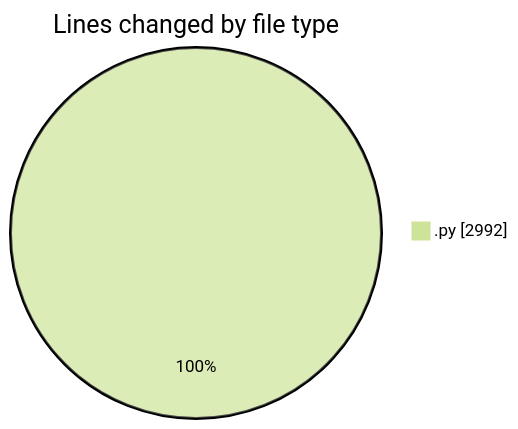
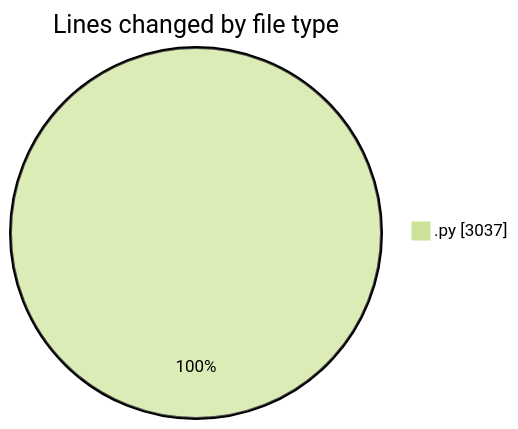
The first of 2 diagrams in 2025-10-08/eventscop-api-guide__workspace_/README.md (julien-gomy/code-tracking), drawn with Mermaid (forest theme) before and after one commit. The commit also changed other lines of this file and 1 other file, not shown here.

````diff
--- a/2025-10-08/eventscop-api-guide__workspace_/README.md
+++ b/2025-10-08/eventscop-api-guide__workspace_/README.md
@@ -26,5 +26,5 @@
 ```mermaid
 pie showData
 title Lines changed by file type
-".py" : 2992
+".py" : 3037
 ```
````
